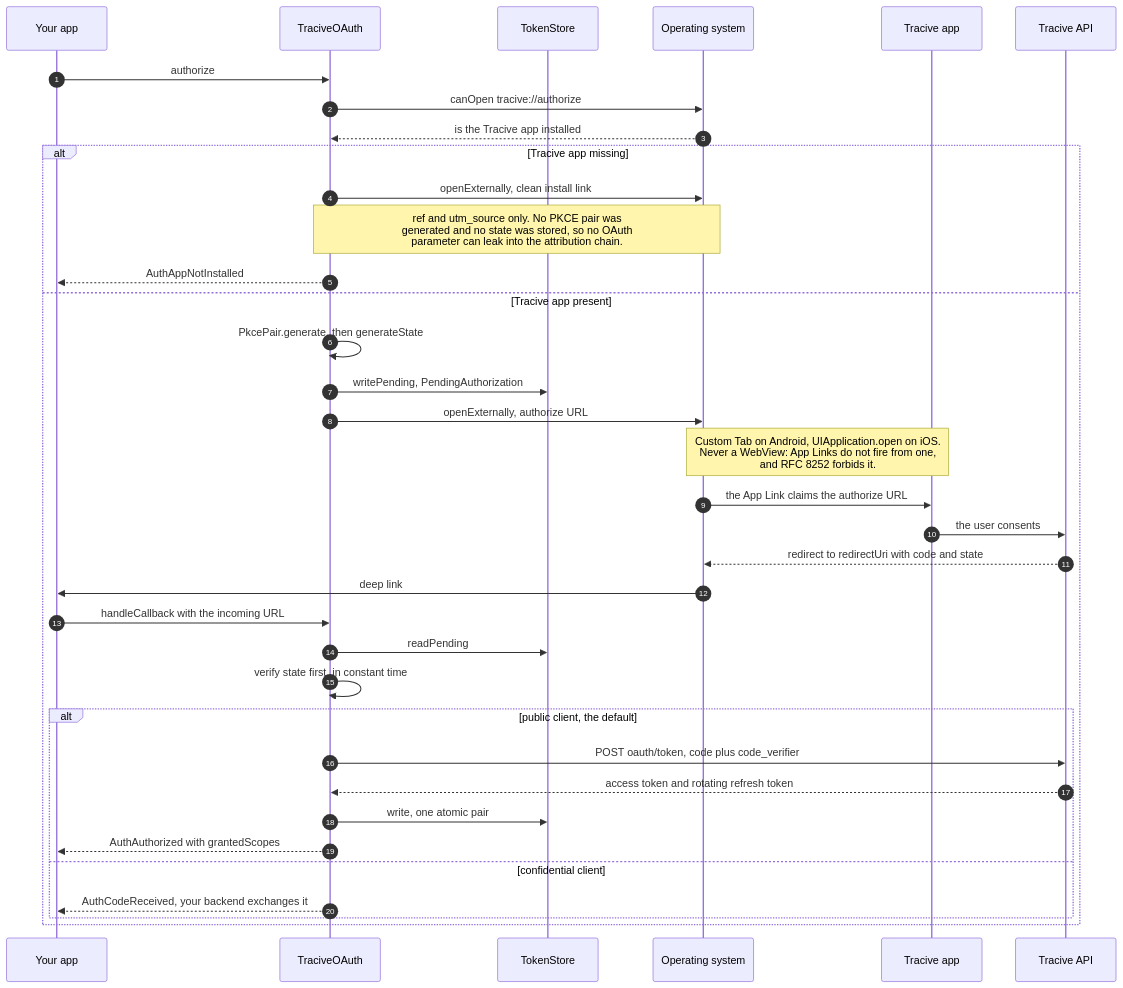
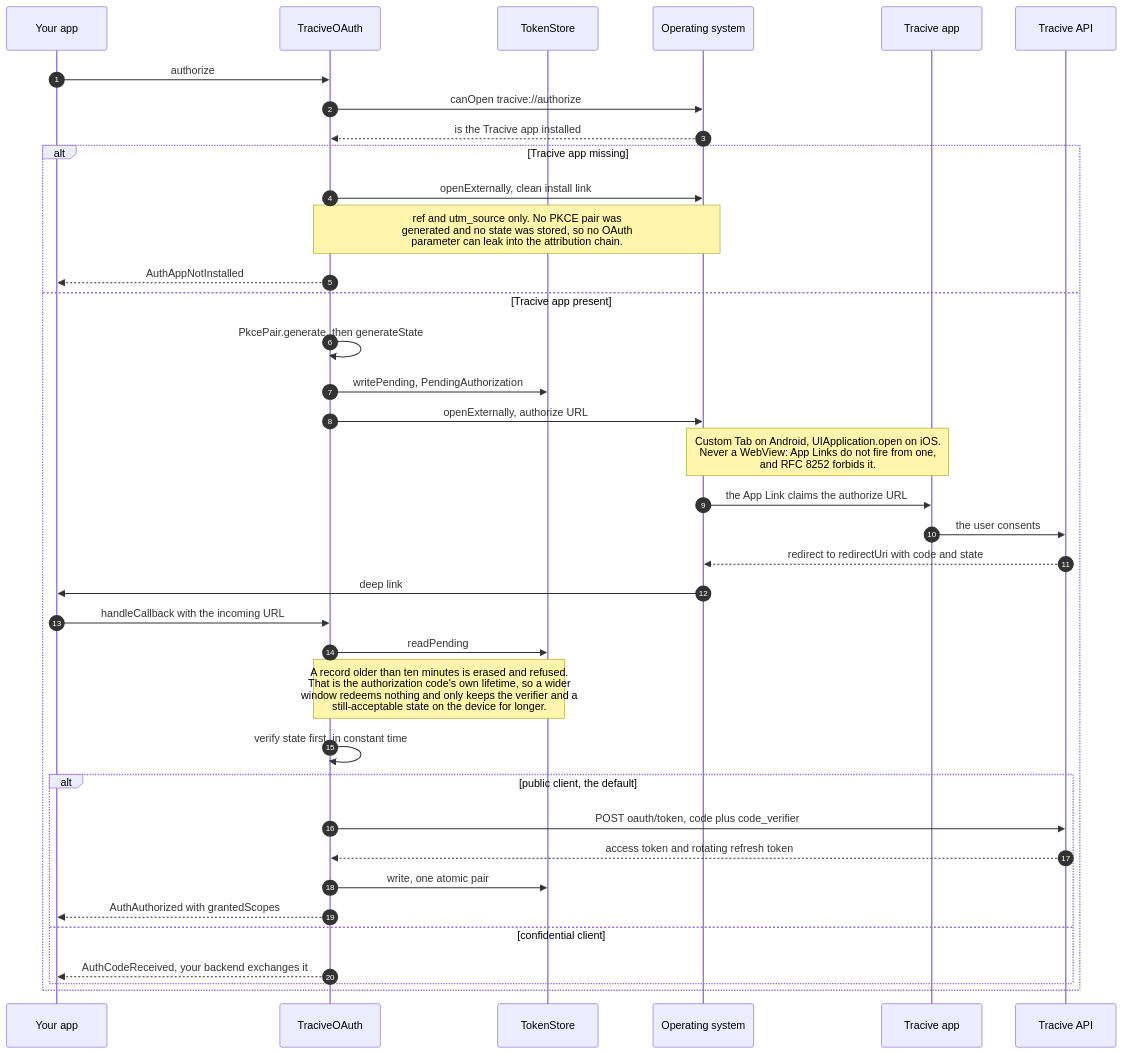
The second of 5 diagrams in doc/architecture.md (pleistocent/tracive-sdk-flutter), drawn with Mermaid before and after one commit. The commit also changed 5 other files, not shown here.

````diff
--- a/doc/architecture.md
+++ b/doc/architecture.md
@@ -72,39 +72,40 @@
 ```mermaid
 sequenceDiagram
     autonumber
     participant App as Your app
     participant SDK as TraciveOAuth
     participant Store as TokenStore
     participant OS as Operating system
     participant Tracive as Tracive app
     participant Api as Tracive API
 
     App->>SDK: authorize
     SDK->>OS: canOpen tracive://authorize
     OS-->>SDK: is the Tracive app installed
     alt Tracive app missing
         SDK->>OS: openExternally, clean install link
         Note over SDK,OS: ref and utm_source only. No PKCE pair was<br/>generated and no state was stored, so no OAuth<br/>parameter can leak into the attribution chain.
         SDK-->>App: AuthAppNotInstalled
     else Tracive app present
         SDK->>SDK: PkcePair.generate, then generateState
         SDK->>Store: writePending, PendingAuthorization
         SDK->>OS: openExternally, authorize URL
         Note over OS,Tracive: Custom Tab on Android, UIApplication.open on iOS.<br/>Never a WebView: App Links do not fire from one,<br/>and RFC 8252 forbids it.
         OS->>Tracive: the App Link claims the authorize URL
         Tracive->>Api: the user consents
         Api-->>OS: redirect to redirectUri with code and state
         OS->>App: deep link
         App->>SDK: handleCallback with the incoming URL
         SDK->>Store: readPending
+        Note over SDK,Store: A record older than ten minutes is erased and refused.<br/>That is the authorization code's own lifetime, so a wider<br/>window redeems nothing and only keeps the verifier and a<br/>still-acceptable state on the device for longer.
         SDK->>SDK: verify state first, in constant time
         alt public client, the default
             SDK->>Api: POST oauth/token, code plus code_verifier
             Api-->>SDK: access token and rotating refresh token
             SDK->>Store: write, one atomic pair
             SDK-->>App: AuthAuthorized with grantedScopes
         else confidential client
             SDK-->>App: AuthCodeReceived, your backend exchanges it
         end
     end
 ```
````
